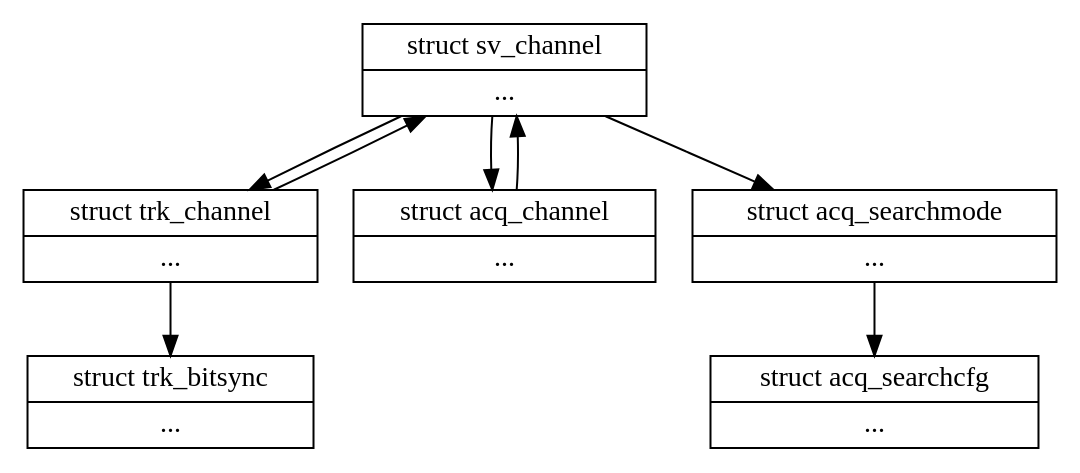
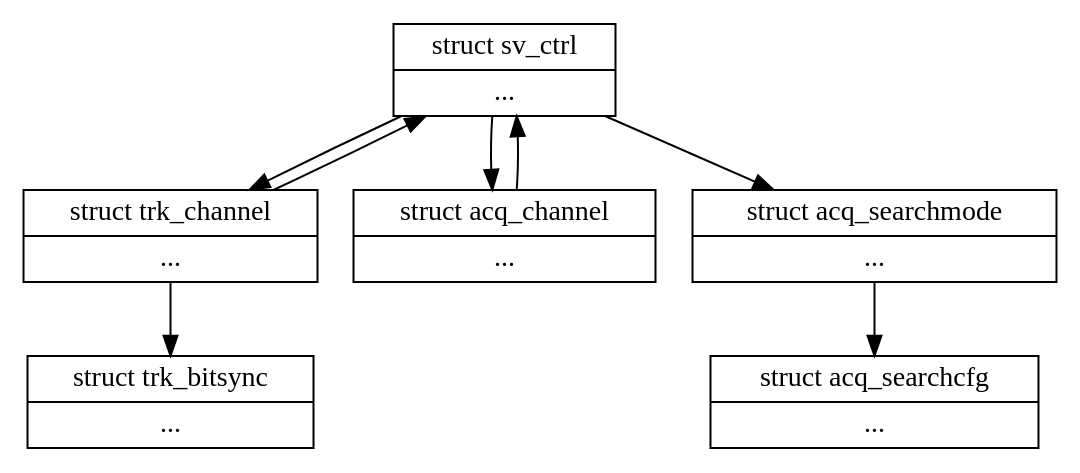
The diagram in trkchan.md (bookie/channel), drawn with Graphviz before and after one commit.

````diff
--- a/trkchan.md
+++ b/trkchan.md
@@ -4,19 +4,19 @@
 ```dot
 digraph G
 {
   node [shape = record];
-  svchan [label = "{ struct sv_channel | ... }"];
+  svctrl [label = "{ struct sv_ctrl | ... }"];
 
   trkchan [label = "{ struct trk_channel | ... }"];
   bitsync [label = "{ struct trk_bitsync | ... }"];
 
   acqchan [label = "{ struct acq_channel | ... }"];
   acqmode [label = "{ struct acq_searchmode | ... }"];
   acqcfg [label = "{ struct acq_searchcfg | ... }"];
 
-  acqchan -> svchan -> acqchan;
-  trkchan -> svchan -> trkchan;
-  svchan -> acqmode -> acqcfg;
+  acqchan -> svctrl -> acqchan;
+  trkchan -> svctrl -> trkchan;
+  svctrl -> acqmode -> acqcfg;
   trkchan -> bitsync;
 }
 ```
````
